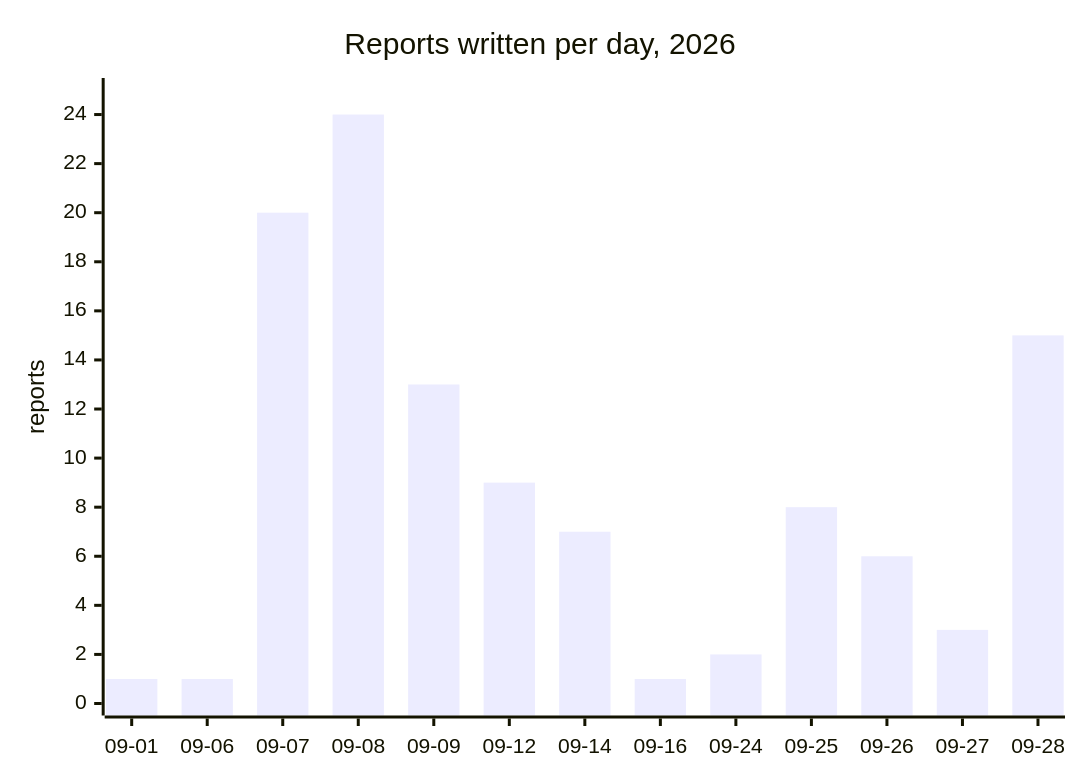
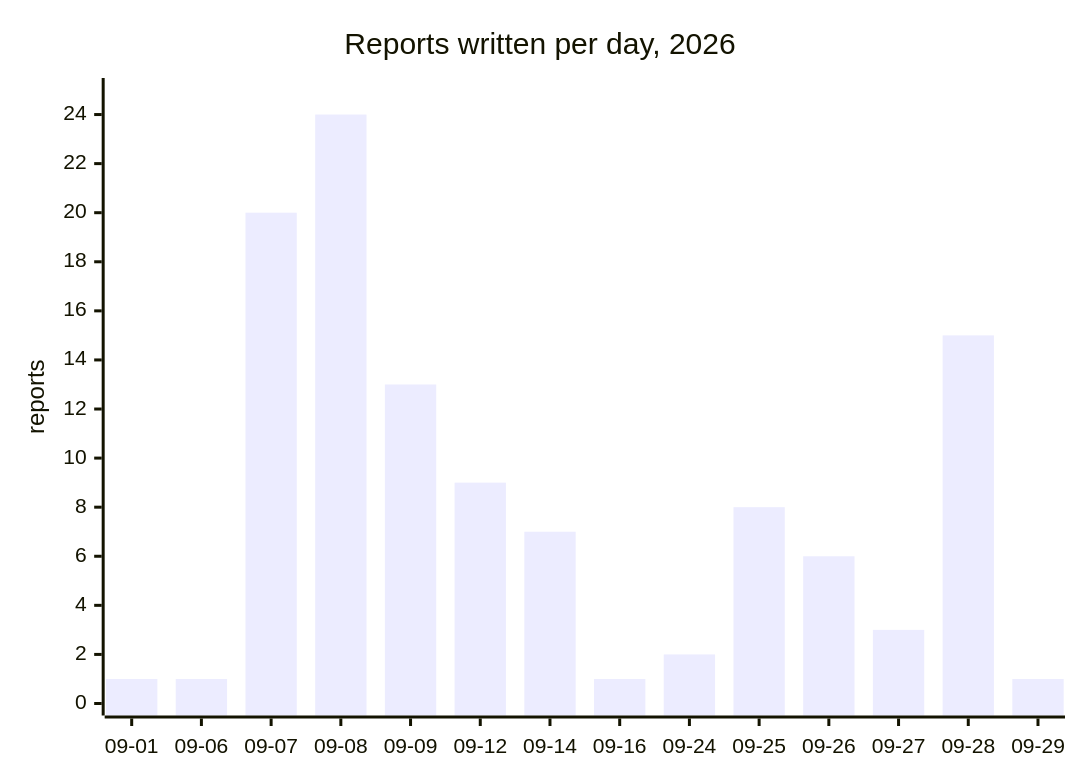
Before and after one commit to cluster2600/porscheparts: the diagram in docs/reports/README.md, drawn with Mermaid. The commit also changed other lines of this file and 8 other files, not shown here.

````diff
--- a/docs/reports/README.md
+++ b/docs/reports/README.md
@@ -7,7 +7,7 @@
 ```mermaid
 xychart-beta
     title "Reports written per day, 2026"
-    x-axis ["09-01", "09-06", "09-07", "09-08", "09-09", "09-12", "09-14", "09-16", "09-24", "09-25", "09-26", "09-27", "09-28"]
+    x-axis ["09-01", "09-06", "09-07", "09-08", "09-09", "09-12", "09-14", "09-16", "09-24", "09-25", "09-26", "09-27", "09-28", "09-29"]
     y-axis "reports" 0 --> 25
-    bar [1, 1, 20, 24, 13, 9, 7, 1, 2, 8, 6, 3, 15]
+    bar [1, 1, 20, 24, 13, 9, 7, 1, 2, 8, 6, 3, 15, 1]
 ```
````
